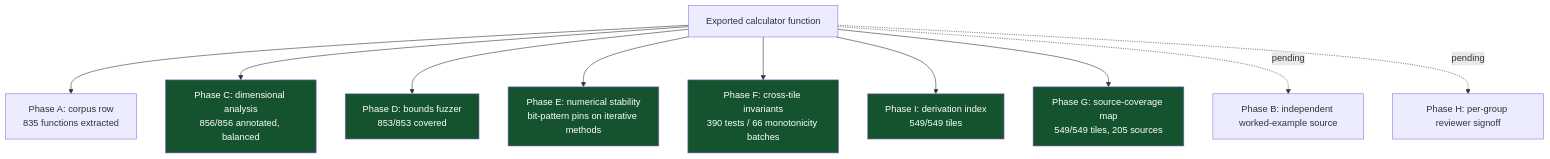
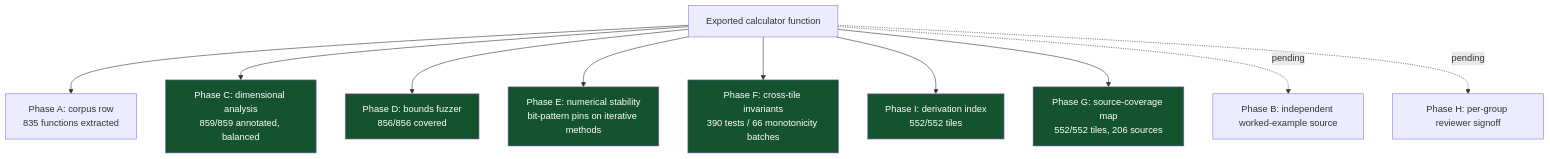
One commit to clay-good/roughlogic.com changed the fourth of 6 diagrams in README.md. Above: the diagram before and after it, drawn with Mermaid. The commit also changed other lines of this file and 20 other files, not shown here.

````diff
--- a/README.md
+++ b/README.md
@@ -260,18 +260,18 @@
 ```mermaid
 flowchart TB
     F[Exported calculator function] --> A[Phase A: corpus row\n835 functions extracted]
-    F --> C[Phase C: dimensional analysis\n856/856 annotated, balanced]
-    F --> D[Phase D: bounds fuzzer\n853/853 covered]
+    F --> C[Phase C: dimensional analysis\n859/859 annotated, balanced]
+    F --> D[Phase D: bounds fuzzer\n856/856 covered]
     F --> E[Phase E: numerical stability\nbit-pattern pins on iterative methods]
     F --> Fa[Phase F: cross-tile invariants\n390 tests / 66 monotonicity batches]
-    F --> I[Phase I: derivation index\n549/549 tiles]
-    F --> G[Phase G: source-coverage map\n549/549 tiles, 205 sources]
+    F --> I[Phase I: derivation index\n552/552 tiles]
+    F --> G[Phase G: source-coverage map\n552/552 tiles, 206 sources]
     F -.pending.-> B[Phase B: independent worked-example source]
     F -.pending.-> H[Phase H: per-group reviewer signoff]
     style C fill:#14532d,color:#fff
     style D fill:#14532d,color:#fff
     style E fill:#14532d,color:#fff
     style Fa fill:#14532d,color:#fff
     style G fill:#14532d,color:#fff
     style I fill:#14532d,color:#fff
 ```
````
